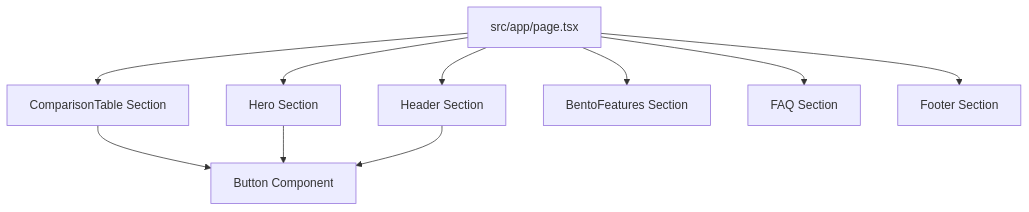
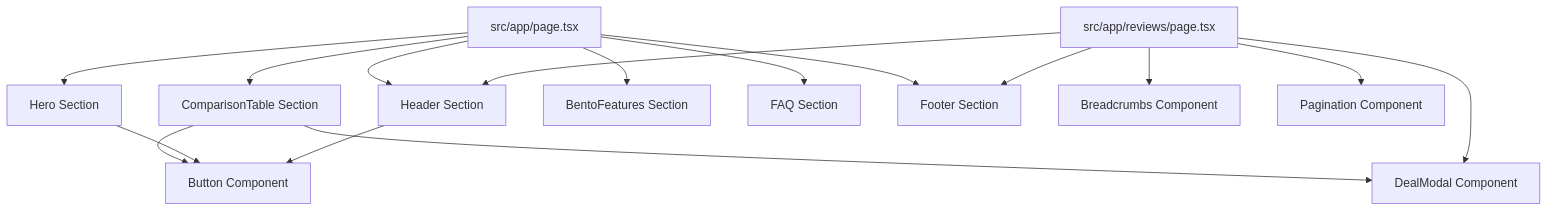
Before and after one commit to dattd26/privacy-rank: the diagram in docs/architecture.md, drawn with Mermaid. The commit also changed other lines of this file and 4 other files, not shown here.

Commit message:
feat(reviews): add Pagination component and mock data

````diff
--- a/docs/architecture.md
+++ b/docs/architecture.md
@@ -47,13 +54,20 @@
 ```mermaid
 graph TD
     Page[src/app/page.tsx] --> Header[Header Section]
     Page --> Hero[Hero Section]
     Page --> CompTable[ComparisonTable Section]
     Page --> Bento[BentoFeatures Section]
     Page --> FAQ[FAQ Section]
     Page --> Footer[Footer Section]
     
     CompTable --> Button[Button Component]
+    CompTable --> DealModal[DealModal Component]
     Hero --> Button
     Header --> Button
+
+    ReviewsPage[src/app/reviews/page.tsx] --> Header
+    ReviewsPage --> Breadcrumbs[Breadcrumbs Component]
+    ReviewsPage --> Pagination[Pagination Component]
+    ReviewsPage --> DealModal
+    ReviewsPage --> Footer
 ```
````
